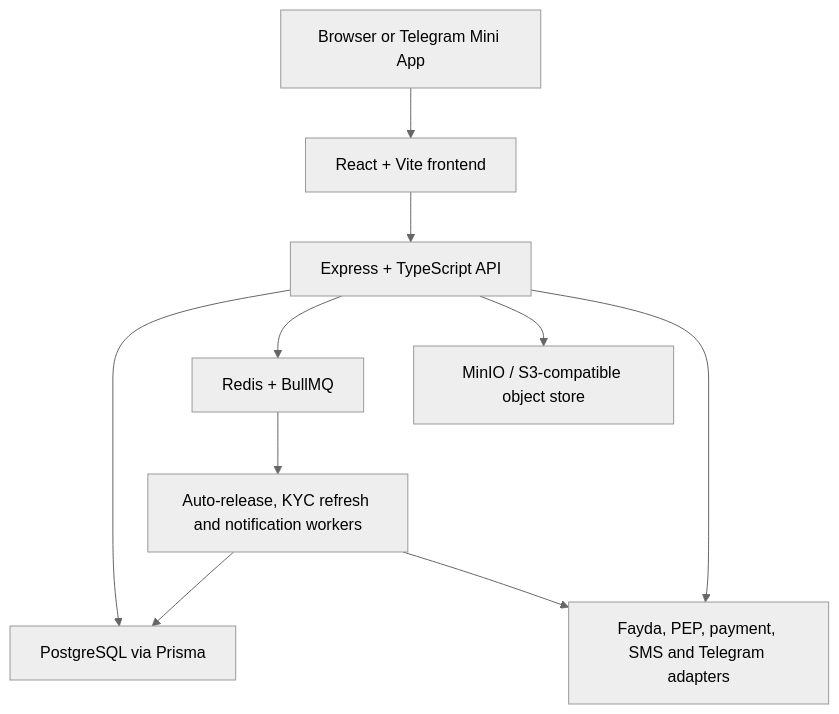
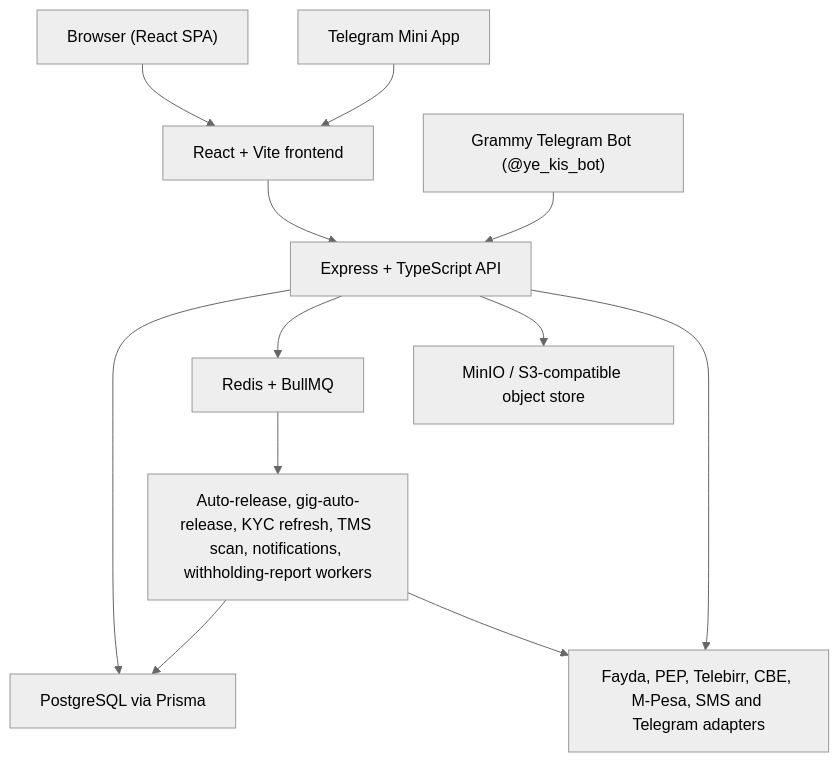
The first of 2 diagrams in docs/ARCHITECTURE.md (yonasmindaye04-sketch/Yekis), drawn with Mermaid (neutral theme) before and after one commit. The commit also changed other lines of this file and 18 other files, not shown here.

````diff
--- a/docs/ARCHITECTURE.md
+++ b/docs/ARCHITECTURE.md
@@ -7,12 +7,14 @@
 ```mermaid
 flowchart TB
-  U["Browser or Telegram Mini App"] --> F["React + Vite frontend"]
+  U1["Browser (React SPA)"] --> F["React + Vite frontend"]
+  U2["Telegram Mini App"] --> F
+  U3["Grammy Telegram Bot (@ye_kis_bot)"] --> A
   F --> A["Express + TypeScript API"]
   A --> P["PostgreSQL via Prisma"]
   A --> R["Redis + BullMQ"]
   A --> O["MinIO / S3-compatible object store"]
-  A --> X["Fayda, PEP, payment, SMS and Telegram adapters"]
-  R --> W["Auto-release, KYC refresh and notification workers"]
+  A --> X["Fayda, PEP, Telebirr, CBE, M-Pesa, SMS and Telegram adapters"]
+  R --> W["Auto-release, gig-auto-release, KYC refresh, TMS scan, notifications, withholding-report workers"]
   W --> P
   W --> X
 ```
````
